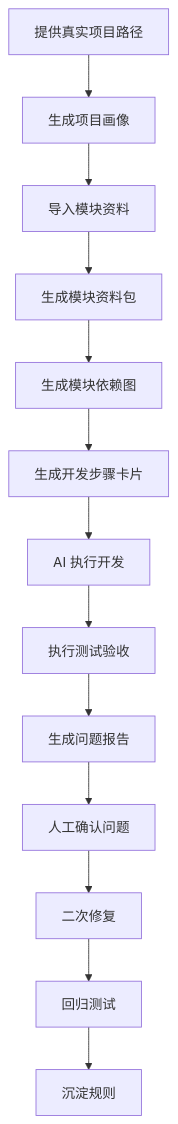
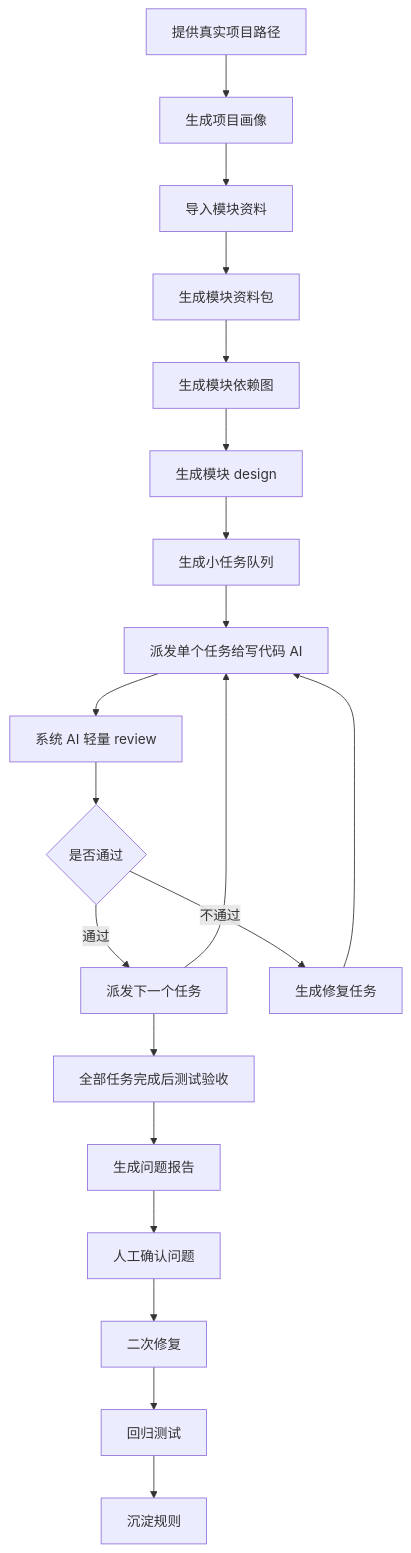
One commit to xiaoWang-616/delivery-knowledge-system changed the diagram in 00-系统说明/使用流程.md. Above: the diagram before and after it, drawn with Mermaid. The commit also changed other lines of this file and 25 other files, not shown here.

````diff
--- a/00-系统说明/使用流程.md
+++ b/00-系统说明/使用流程.md
@@ -5,15 +5,22 @@
 ```mermaid
 flowchart TD
   A["提供真实项目路径"] --> B["生成项目画像"]
   B --> C["导入模块资料"]
   C --> D["生成模块资料包"]
   D --> E["生成模块依赖图"]
-  E --> F["生成开发步骤卡片"]
-  F --> G["AI 执行开发"]
-  G --> H["执行测试验收"]
-  H --> I["生成问题报告"]
-  I --> J["人工确认问题"]
-  J --> K["二次修复"]
-  K --> L["回归测试"]
-  L --> M["沉淀规则"]
+  E --> F["生成模块 design"]
+  F --> G["生成小任务队列"]
+  G --> H["派发单个任务给写代码 AI"]
+  H --> I["系统 AI 轻量 review"]
+  I --> J{"是否通过"}
+  J -->|通过| K["派发下一个任务"]
+  J -->|不通过| L["生成修复任务"]
+  K --> H
+  L --> H
+  K --> M["全部任务完成后测试验收"]
+  M --> N["生成问题报告"]
+  N --> O["人工确认问题"]
+  O --> P["二次修复"]
+  P --> Q["回归测试"]
+  Q --> R["沉淀规则"]
 ```
````
